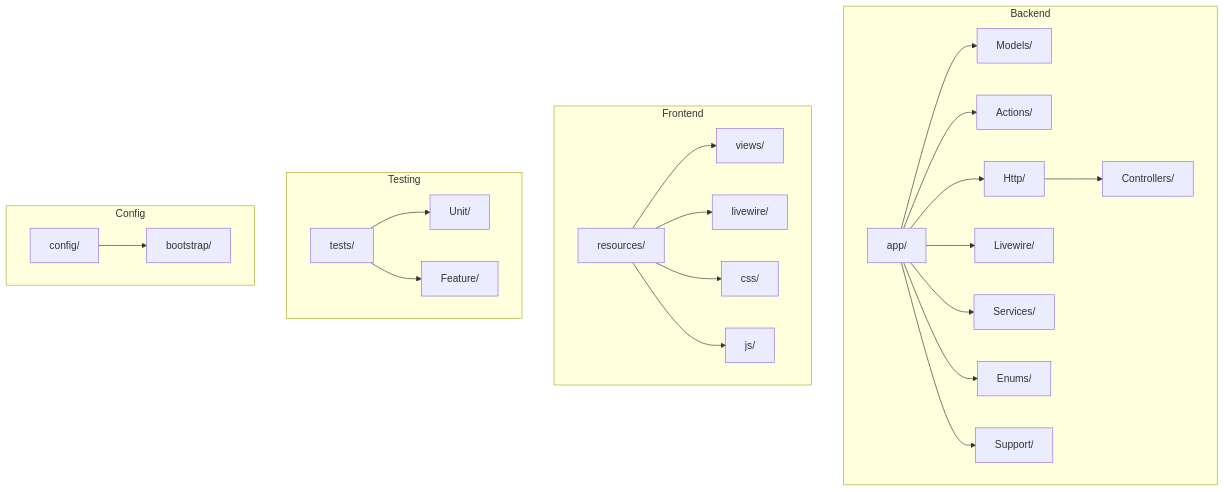
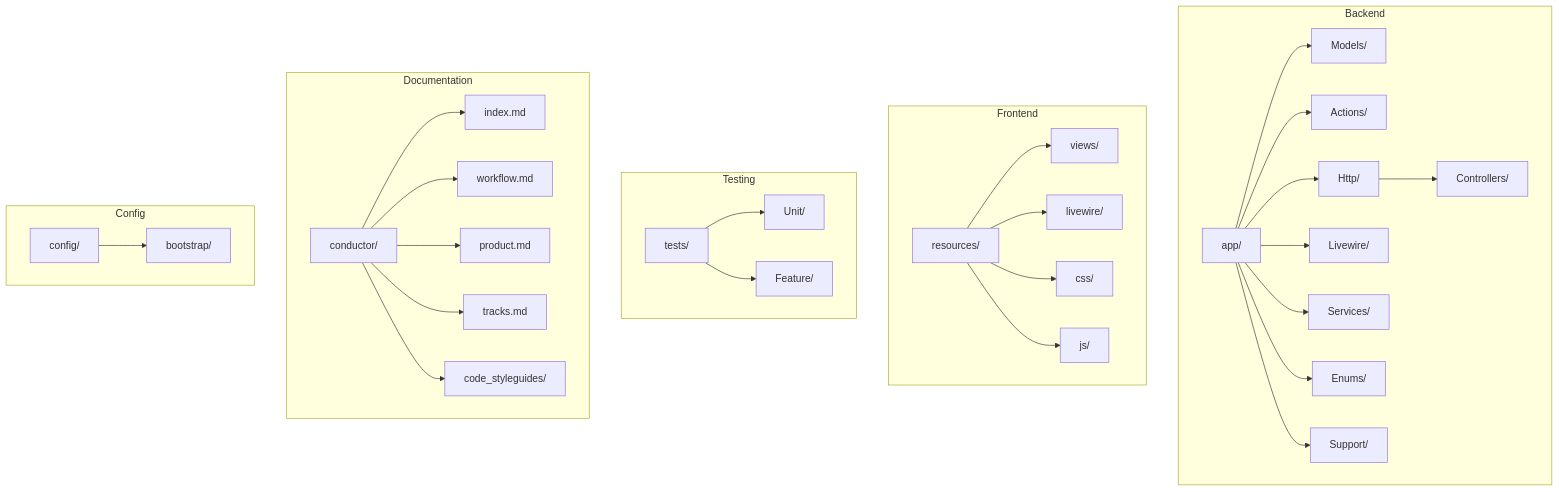
The second of 9 diagrams in .qoder/repowiki/en/content/Development Guidelines.md (PA-Penajam/antrian-ptsp), drawn with Mermaid before and after one commit. The commit also changed other lines of this file and 89 other files, not shown here.

````diff
--- a/.qoder/repowiki/en/content/Development Guidelines.md
+++ b/.qoder/repowiki/en/content/Development Guidelines.md
@@ -45,45 +147,58 @@
 ```mermaid
 graph TB
 subgraph "Backend"
 APP["app/"]
 MODELS["Models/"]
 ACTIONS["Actions/"]
 HTTP["Http/"]
 CONTROLLERS["Controllers/"]
 LIVESTREET["Livewire/"]
 SERVICES["Services/"]
 ENUMS["Enums/"]
 SUPPORT["Support/"]
 end
 subgraph "Frontend"
 RES["resources/"]
 VIEWS["views/"]
 LCOMP["livewire/"]
 CSS["css/"]
 JS["js/"]
 end
 subgraph "Testing"
 TESTS["tests/"]
 UNIT["Unit/"]
 FEATURE["Feature/"]
 end
+subgraph "Documentation"
+CONDUCTOR["conductor/"]
+INDEX["index.md"]
+WORKFLOW["workflow.md"]
+PRODUCT["product.md"]
+TRACKS["tracks.md"]
+STYLE["code_styleguides/"]
+end
 subgraph "Config"
 CONF["config/"]
 BOOT["bootstrap/"]
 end
 APP --> MODELS
 APP --> ACTIONS
 APP --> HTTP
 HTTP --> CONTROLLERS
 APP --> LIVESTREET
 APP --> SERVICES
 APP --> ENUMS
 APP --> SUPPORT
 RES --> VIEWS
 RES --> LCOMP
 RES --> CSS
 RES --> JS
 TESTS --> UNIT
 TESTS --> FEATURE
+CONDUCTOR --> INDEX
+CONDUCTOR --> WORKFLOW
+CONDUCTOR --> PRODUCT
+CONDUCTOR --> TRACKS
+CONDUCTOR --> STYLE
 CONF --> BOOT
 ```
````
